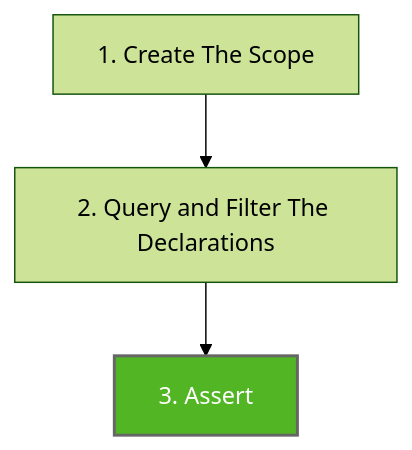
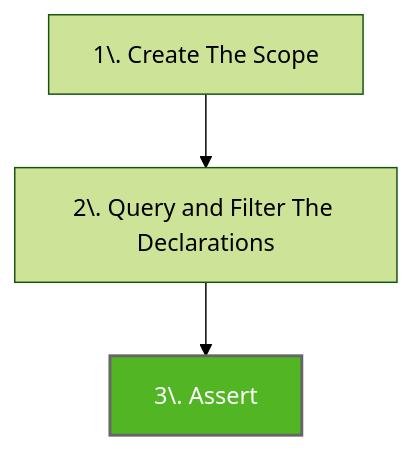
Before and after one commit to LemonAppDev/konsist-documentation: the diagram in writing-tests/assert.md, drawn with Mermaid. The commit also changed 8 other files, not shown here.

Commit message:
upd mermeid diagrams

````diff
--- a/writing-tests/assert.md
+++ b/writing-tests/assert.md
@@ -9,8 +9,8 @@
 ```mermaid
 %%{init: {'theme':'forest'}}%%
 flowchart TB
-    Step1["1. Create The Scope"]-->Step2
-    Step2["2. Query and Filter The Declarations"]-->Step3
-    Step3["3. Assert"]
+    Step1["1\. Create The Scope"]-->Step2
+    Step2["2\. Query and Filter The Declarations"]-->Step3
+    Step3["3\. Assert"]
     style Step3 fill:#52B523,stroke:#666,stroke-width:2px,color:#fff
 ```
````
